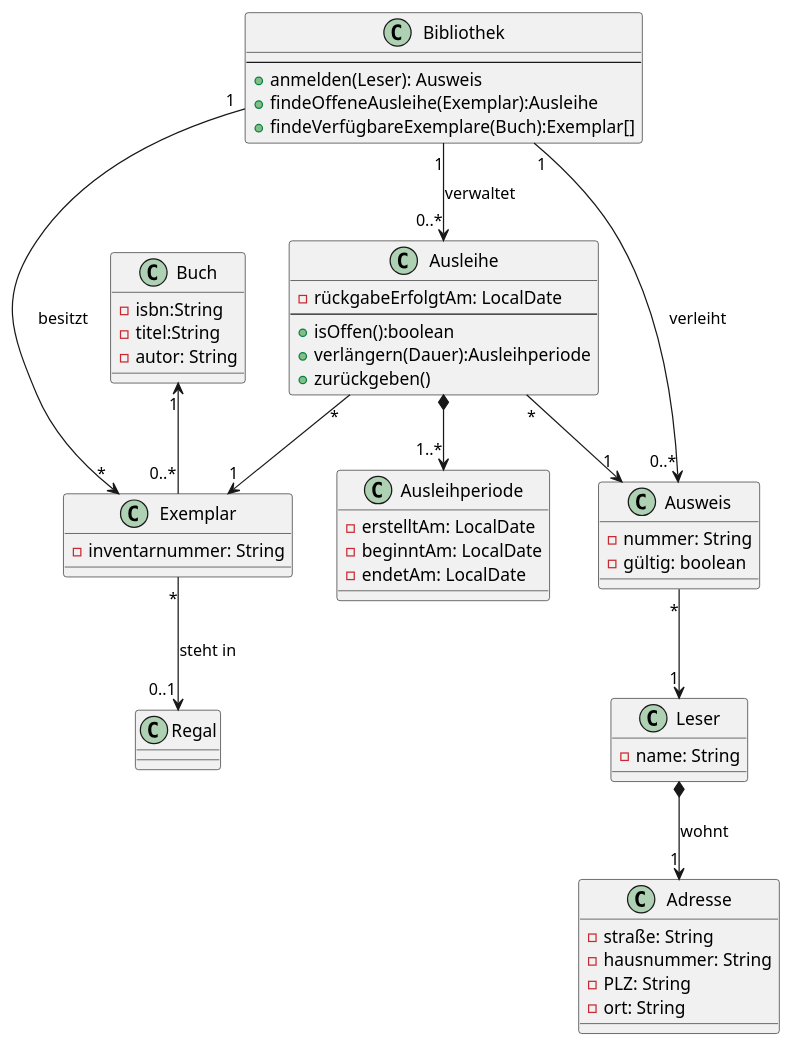
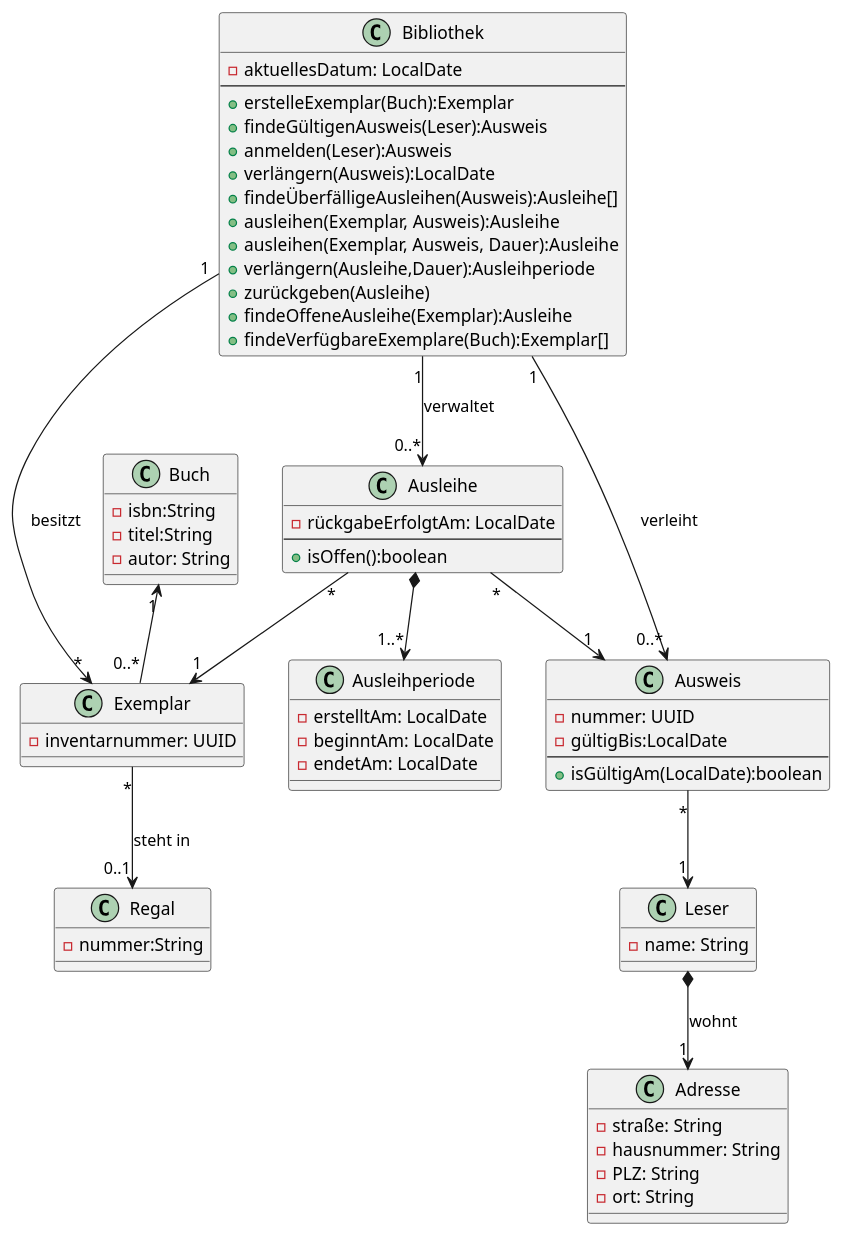
Before and after one commit to ueberfuhr-trainings/java-grundlagen-2026-10-05: the diagram in docs/bibliothek_1.plantuml, drawn with PlantUML. The commit also changed 12 other files, not shown here.

First line of the commit message:
Implementiere Bibliothek nach Klassendiagramm

```diff
--- a/docs/bibliothek_1.plantuml
+++ b/docs/bibliothek_1.plantuml
@@ -1,64 +1,74 @@
 @startuml
 
 class Bibliothek {
+    -aktuellesDatum: LocalDate
     ----
-    + anmelden(Leser): Ausweis
+    + erstelleExemplar(Buch):Exemplar
+    + findeGültigenAusweis(Leser):Ausweis
+    + anmelden(Leser):Ausweis
+    + verlängern(Ausweis):LocalDate
+    + findeÜberfälligeAusleihen(Ausweis):Ausleihe[]
+    + ausleihen(Exemplar, Ausweis):Ausleihe
+    + ausleihen(Exemplar, Ausweis, Dauer):Ausleihe
+    + verlängern(Ausleihe,Dauer):Ausleihperiode
+    + zurückgeben(Ausleihe)
     + findeOffeneAusleihe(Exemplar):Ausleihe
     + findeVerfügbareExemplare(Buch):Exemplar[]
 }
 
 class Buch {
     -isbn:String
     -titel:String
     -autor: String
 }
 
 class Exemplar {
-    -inventarnummer: String
+    -inventarnummer: UUID
 }
 
 class Regal {
+    -nummer:String
 }
 
 class Leser {
     -name: String
 }
 
 class Adresse {
     -straße: String
     -hausnummer: String
     -PLZ: String
     -ort: String
 }
 
 class Ausweis {
-    -nummer: String
-    -gültig: boolean
+    -nummer: UUID
+    -gültigBis:LocalDate
+    ---
+    + isGültigAm(LocalDate):boolean
 }
 
 class Ausleihe {
     -rückgabeErfolgtAm: LocalDate
     ---
     + isOffen():boolean
-    + verlängern(Dauer):Ausleihperiode
-    + zurückgeben()
 }
 
 class Ausleihperiode {
     -erstelltAm: LocalDate
     -beginntAm: LocalDate
     -endetAm: LocalDate
 }
 
 Bibliothek "1"--> "*" Exemplar : besitzt
 Bibliothek "1" --> "0..*" Ausleihe : verwaltet
 Bibliothek "1" --> "0..*" Ausweis : verleiht
 Buch "1" <-- "0..*" Exemplar
 Exemplar "*" --> "0..1" Regal : steht in
 Leser *--> "1" Adresse : wohnt
 Ausweis "*" --> "1" Leser
 Ausleihe "*" --> "1" Ausweis
 Ausleihe "*" --> "1" Exemplar
 Ausleihe *--> "1..*" Ausleihperiode
 
 @enduml
```
